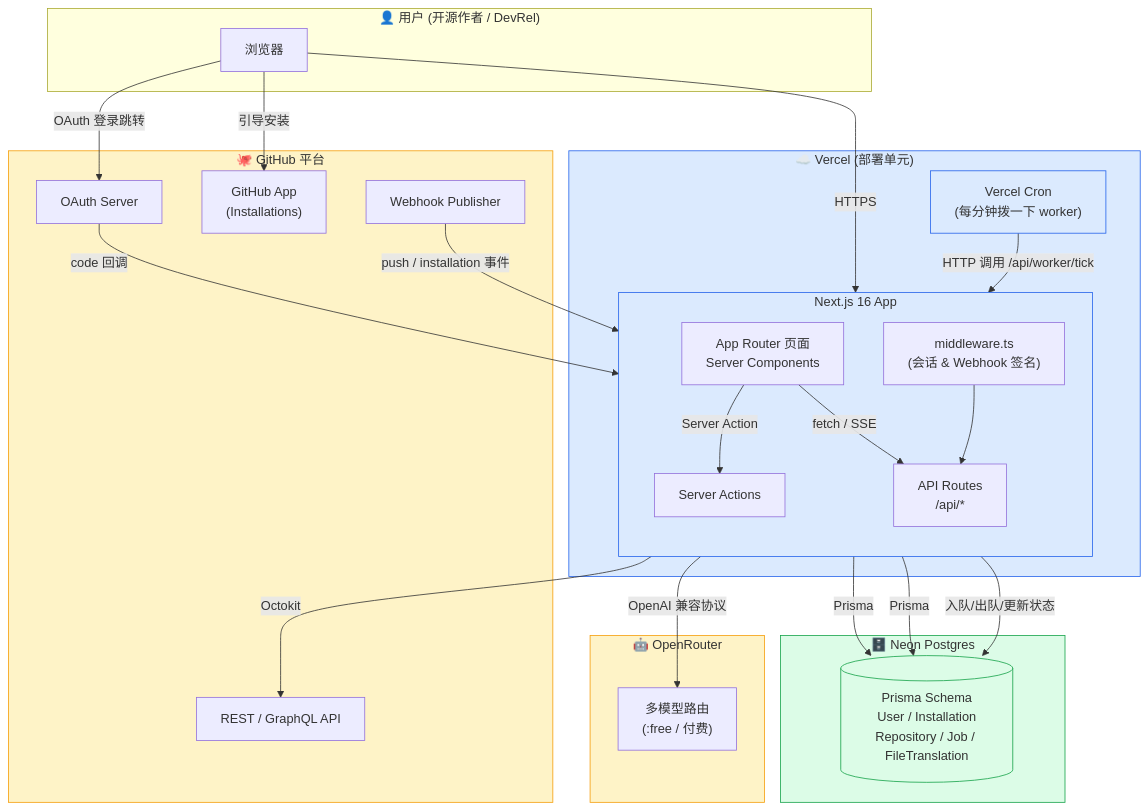
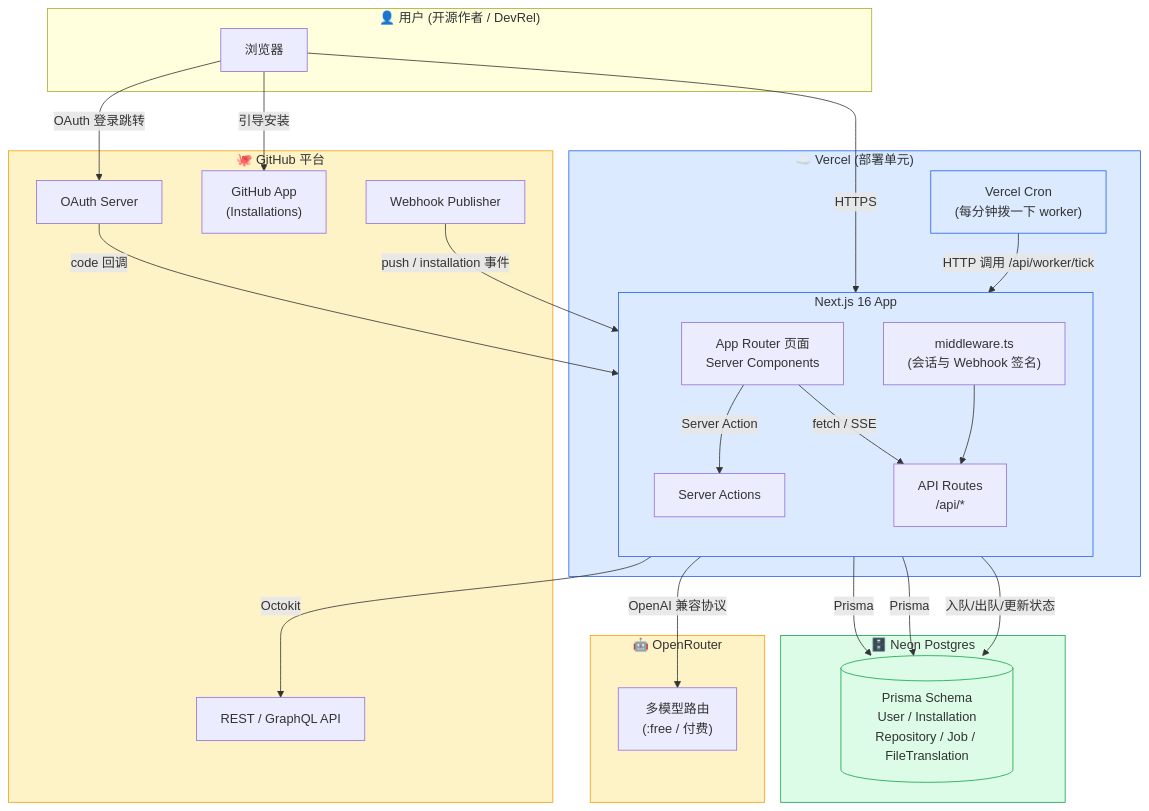
One commit to tryubest/github-global changed the first of 12 diagrams in docs/TechDesign.md. Above: the diagram before and after it, drawn with Mermaid. The commit also changed other lines of this file and 1 other file, not shown here.

First line of the commit message:
fix(docs): make Mermaid blocks GitHub-renderable + add mermaid rule

````diff
--- a/docs/TechDesign.md
+++ b/docs/TechDesign.md
@@ -36,56 +36,56 @@
 ```mermaid
 flowchart TB
     subgraph User["👤 用户 (开源作者 / DevRel)"]
         Browser["浏览器"]
     end
 
-    subgraph GitHub["🐙 GitHub 平台"]
+    subgraph GH_Platform["🐙 GitHub 平台"]
         GH_OAuth["OAuth Server"]
         GH_App["GitHub App<br/>(Installations)"]
         GH_API["REST / GraphQL API"]
         GH_Webhook["Webhook Publisher"]
     end
 
     subgraph Vercel["☁️ Vercel (部署单元)"]
         subgraph NextApp["Next.js 16 App"]
             direction TB
             UI["App Router 页面<br/>Server Components"]
             ApiRoutes["API Routes<br/>/api/*"]
             Actions["Server Actions"]
-            Middleware["middleware.ts<br/>(会话 & Webhook 签名)"]
+            Middleware["middleware.ts<br/>(会话与 Webhook 签名)"]
         end
         Cron["Vercel Cron<br/>(每分钟拨一下 worker)"]
     end
 
     subgraph Neon["🗄️ Neon Postgres"]
         DB[("Prisma Schema<br/>User / Installation<br/>Repository / Job / FileTranslation")]
     end
 
-    subgraph OpenRouter["🤖 OpenRouter"]
+    subgraph OR_Platform["🤖 OpenRouter"]
         LLM["多模型路由<br/>(:free / 付费)"]
     end
 
     Browser -->|"HTTPS"| UI
     UI -->|"Server Action"| Actions
     UI -->|"fetch / SSE"| ApiRoutes
     Actions -->|"Prisma"| DB
     ApiRoutes -->|"Prisma"| DB
     ApiRoutes -->|"Octokit"| GH_API
 
     Browser -->|"OAuth 登录跳转"| GH_OAuth
     GH_OAuth -->|"code 回调"| ApiRoutes
     Browser -->|"引导安装"| GH_App
     GH_Webhook -->|"push / installation 事件"| Middleware
     Middleware --> ApiRoutes
 
     ApiRoutes -->|"OpenAI 兼容协议"| LLM
     Cron -->|"HTTP 调用 /api/worker/tick"| ApiRoutes
     ApiRoutes -->|"入队/出队/更新状态"| DB
 
     classDef ext fill:#fef3c7,stroke:#f59e0b
     classDef core fill:#dbeafe,stroke:#2563eb
     classDef data fill:#dcfce7,stroke:#16a34a
-    class GitHub,OpenRouter ext
+    class GH_Platform,OR_Platform ext
     class Vercel,NextApp,Cron core
     class Neon,DB data
 ```
````
